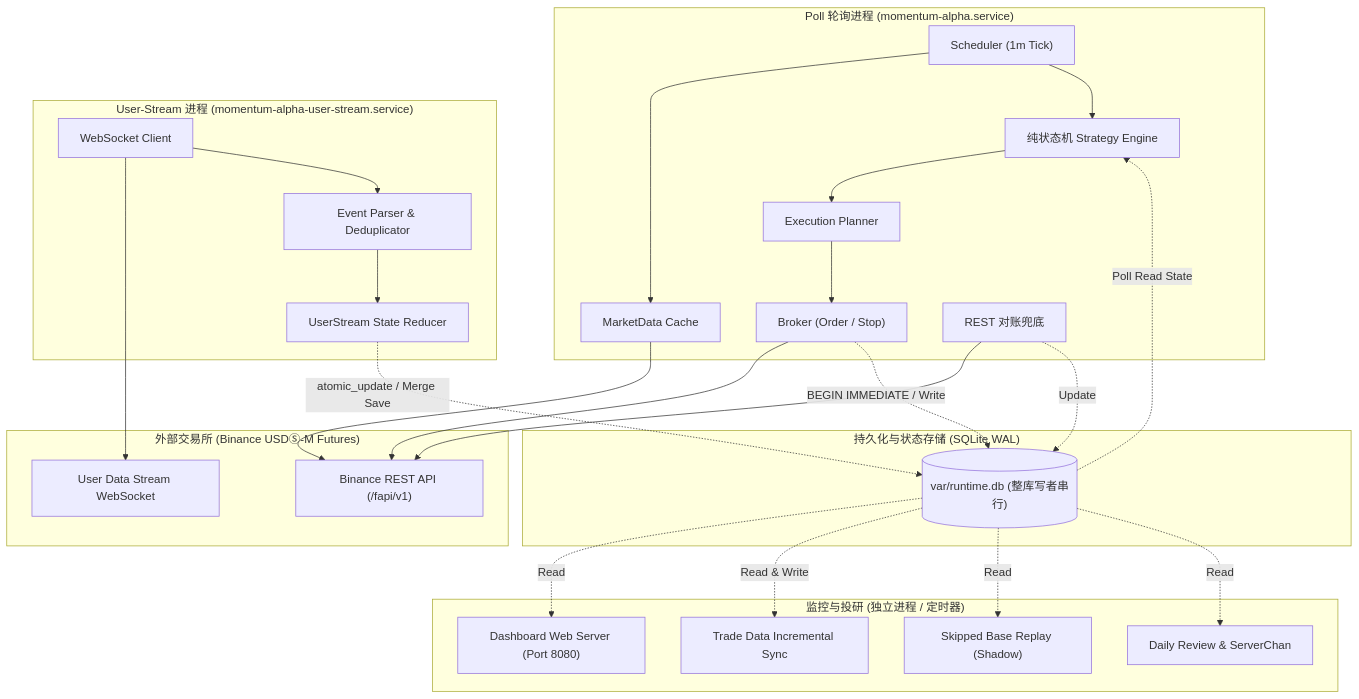
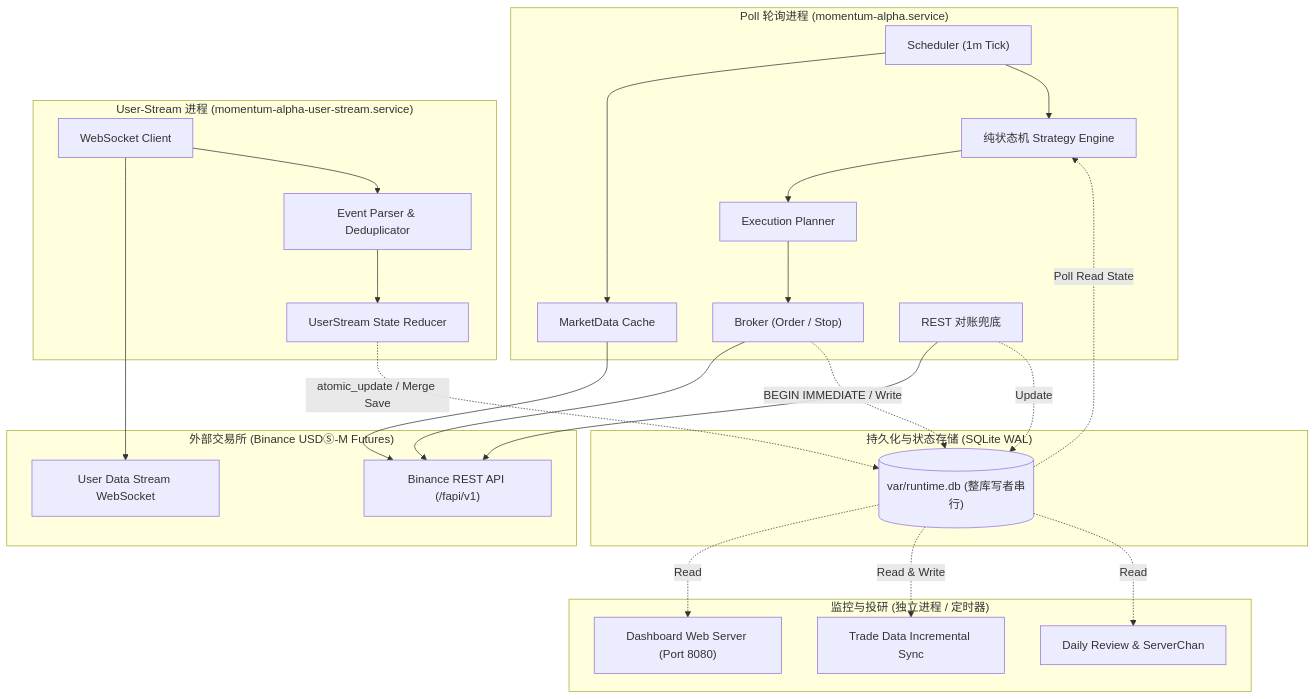
The first of 2 diagrams in docs/ARCHITECTURE_REVIEW.md (miracle-zs/momentum_alpha), drawn with Mermaid before and after one commit. The commit also changed other lines of this file and 49 other files, not shown here.

````diff
--- a/docs/ARCHITECTURE_REVIEW.md
+++ b/docs/ARCHITECTURE_REVIEW.md
@@ -48,43 +48,41 @@
 ```mermaid
 flowchart TD
     subgraph External["外部交易所 (Binance USDⓈ-M Futures)"]
         REST["Binance REST API (/fapi/v1)"]
         WS["User Data Stream WebSocket"]
     end
 
     subgraph Process1["Poll 轮询进程 (momentum-alpha.service)"]
         Scheduler["Scheduler (1m Tick)"] --> MarketCache["MarketData Cache"]
         MarketCache --> REST
         Scheduler --> CoreEngine["纯状态机 Strategy Engine"]
         CoreEngine --> ExecPlan["Execution Planner"]
         ExecPlan --> Broker["Broker (Order / Stop)"]
         Broker --> REST
         Reconcile["REST 对账兜底"] --> REST
     end
 
     subgraph Process2["User-Stream 进程 (momentum-alpha-user-stream.service)"]
         WSClient["WebSocket Client"] --> WS
         WSClient --> EventParser["Event Parser & Deduplicator"]
         EventParser --> StreamCore["UserStream State Reducer"]
     end
 
     subgraph Storage["持久化与状态存储 (SQLite WAL)"]
         DB[("var/runtime.db (整库写者串行)")]
     end
 
     subgraph Monitoring["监控与投研 (独立进程 / 定时器)"]
         Dashboard["Dashboard Web Server (Port 8080)"]
-        Replay["Skipped Base Replay (Shadow)"]
         Sync["Trade Data Incremental Sync"]
         Review["Daily Review & ServerChan"]
     end
 
     Broker -.->|BEGIN IMMEDIATE / Write| DB
     Reconcile -.->|Update| DB
     StreamCore -.->|atomic_update / Merge Save| DB
     DB -.->|Poll Read State| CoreEngine
     DB -.->|Read| Dashboard
     DB -.->|Read & Write| Sync
-    DB -.->|Read| Replay
     DB -.->|Read| Review
 ```
````
